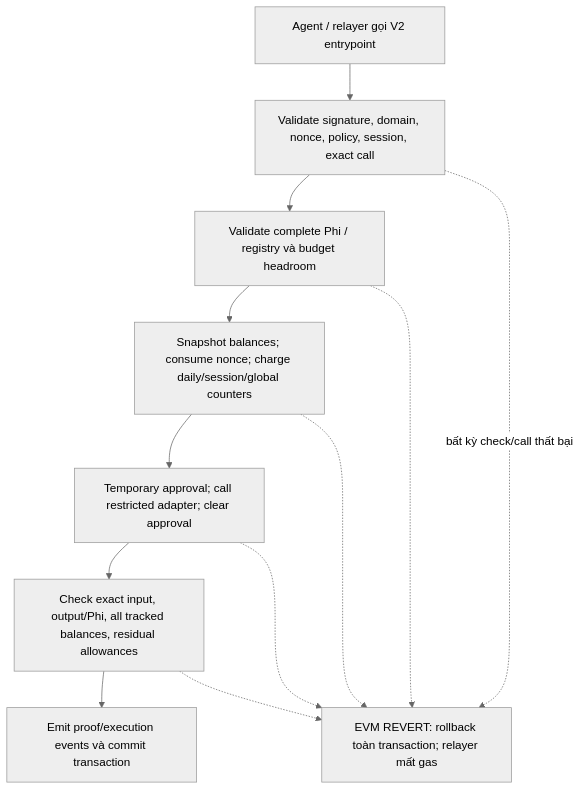
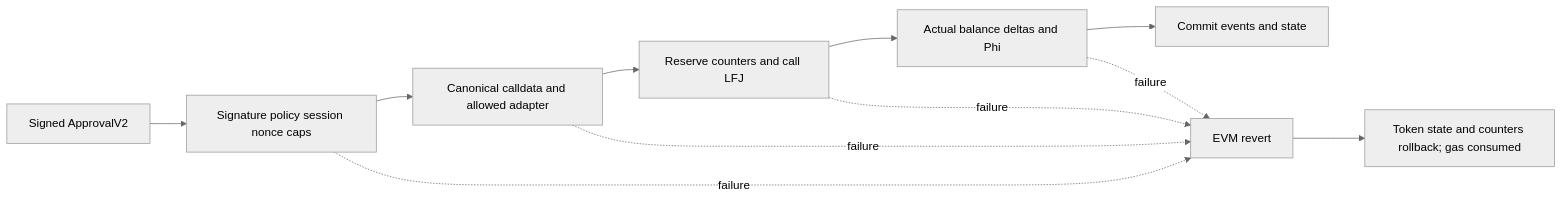
Before and after one commit to ursuswh-metamorphic/PaceVant: the seventh of 10 diagrams in docs/AI_Treasury_Security_System_Design_v2.1.md, drawn with Mermaid (neutral theme). The commit also changed other lines of this file and 132 other files, not shown here.

````diff
--- a/docs/AI_Treasury_Security_System_Design_v2.1.md
+++ b/docs/AI_Treasury_Security_System_Design_v2.1.md
@@ -463,14 +840,13 @@
 ```mermaid
-flowchart TD
-  A["Agent / relayer gọi V2 entrypoint"] --> B["Validate signature, domain, nonce, policy, session, exact call"]
-  B --> C["Validate complete Phi / registry và budget headroom"]
-  C --> D["Snapshot balances; consume nonce; charge daily/session/global counters"]
-  D --> E["Temporary approval; call restricted adapter; clear approval"]
-  E --> F["Check exact input, output/Phi, all tracked balances, residual allowances"]
-  F --> G["Emit proof/execution events và commit transaction"]
-  B -. "bất kỳ check/call thất bại" .-> R["EVM REVERT: rollback toàn transaction; relayer mất gas"]
-  C -.-> R
-  D -.-> R
-  E -.-> R
-  F -.-> R
+flowchart LR
+    A[Signed ApprovalV2] --> B[Signature policy session nonce caps]
+    B --> C[Canonical calldata and allowed adapter]
+    C --> D[Reserve counters and call LFJ]
+    D --> E[Actual balance deltas and Phi]
+    E --> F[Commit events and state]
+    B -. failure .-> R[EVM revert]
+    C -. failure .-> R
+    D -. failure .-> R
+    E -. failure .-> R
+    R --> G[Token state and counters rollback; gas consumed]
 ```
````
